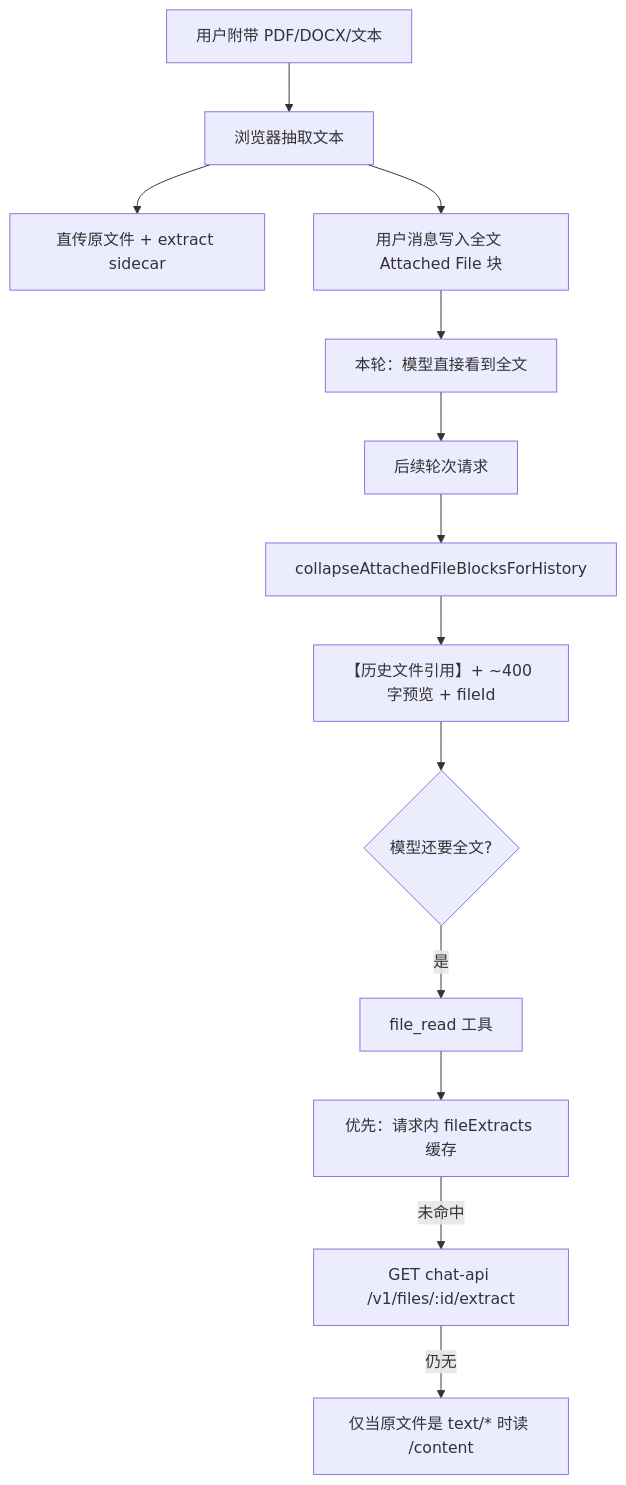
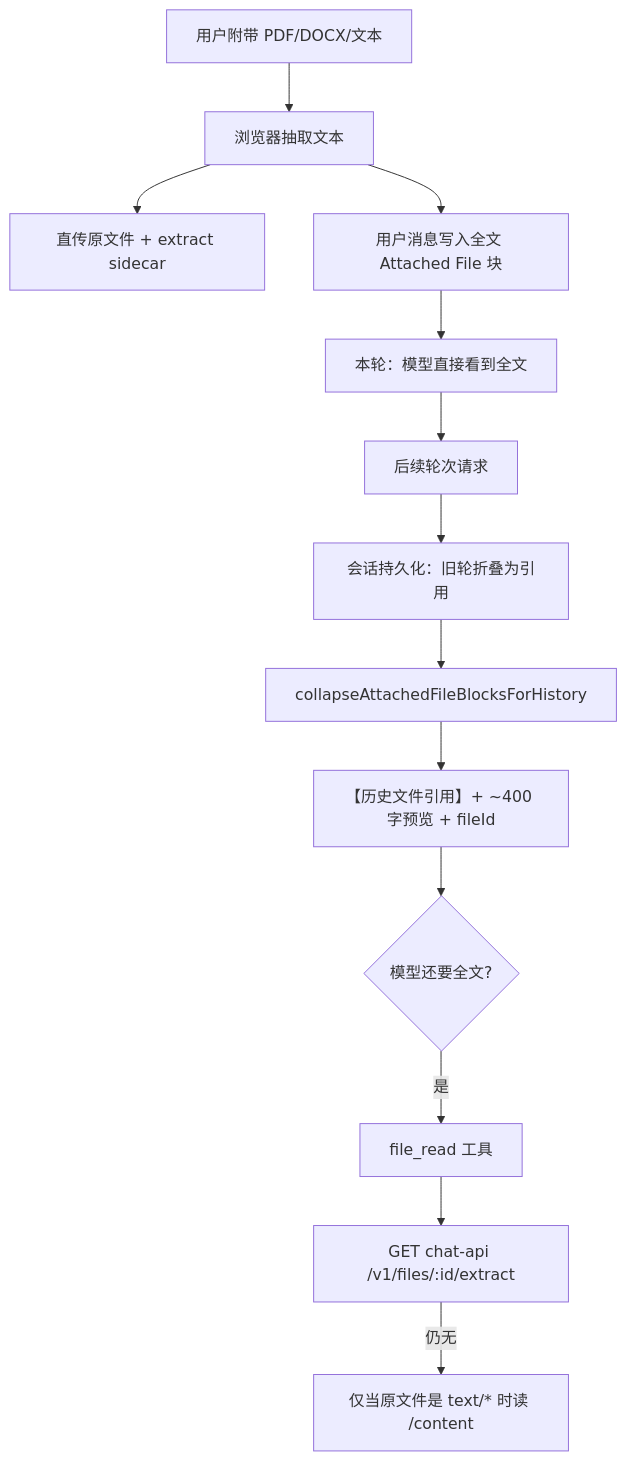
Before and after one commit to counterfactual5/chat-llm-christmas: the third of 3 diagrams in docs/images-and-files.md, drawn with Mermaid. The commit also changed other lines of this file and 10 other files, not shown here.

First line of the commit message:
feat(files): persist collapsed attachment refs; drop fileExtracts body

````diff
--- a/docs/images-and-files.md
+++ b/docs/images-and-files.md
@@ -78,15 +78,15 @@
 ```mermaid
 flowchart TD
   A[用户附带 PDF/DOCX/文本] --> E[浏览器抽取文本]
   E --> Up[直传原文件 + extract sidecar]
   E --> Msg[用户消息写入全文 Attached File 块]
   Msg --> Turn1[本轮：模型直接看到全文]
   Turn1 --> Later[后续轮次请求]
-  Later --> Coll[collapseAttachedFileBlocksForHistory]
+  Later --> Persist[会话持久化：旧轮折叠为引用]
+  Persist --> Coll[collapseAttachedFileBlocksForHistory]
   Coll --> Ref[【历史文件引用】+ ~400 字预览 + fileId]
   Ref --> Need{模型还要全文?}
   Need -->|是| FR[file_read 工具]
-  FR --> Cache[优先：请求内 fileExtracts 缓存]
-  Cache -->|未命中| Sidecar[GET chat-api /v1/files/:id/extract]
+  FR --> Sidecar[GET chat-api /v1/files/:id/extract]
   Sidecar -->|仍无| TextOnly[仅当原文件是 text/* 时读 /content]
 ```
````
